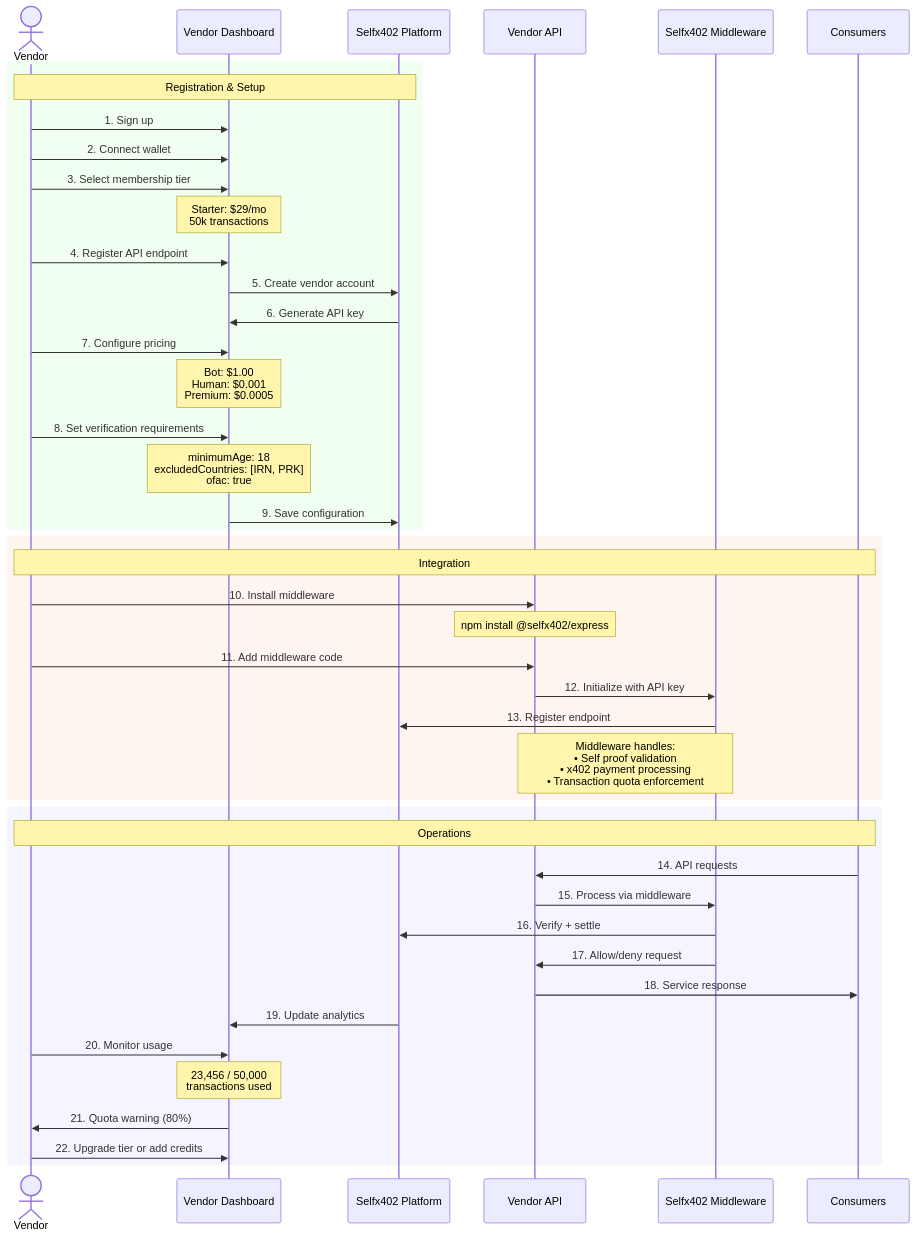
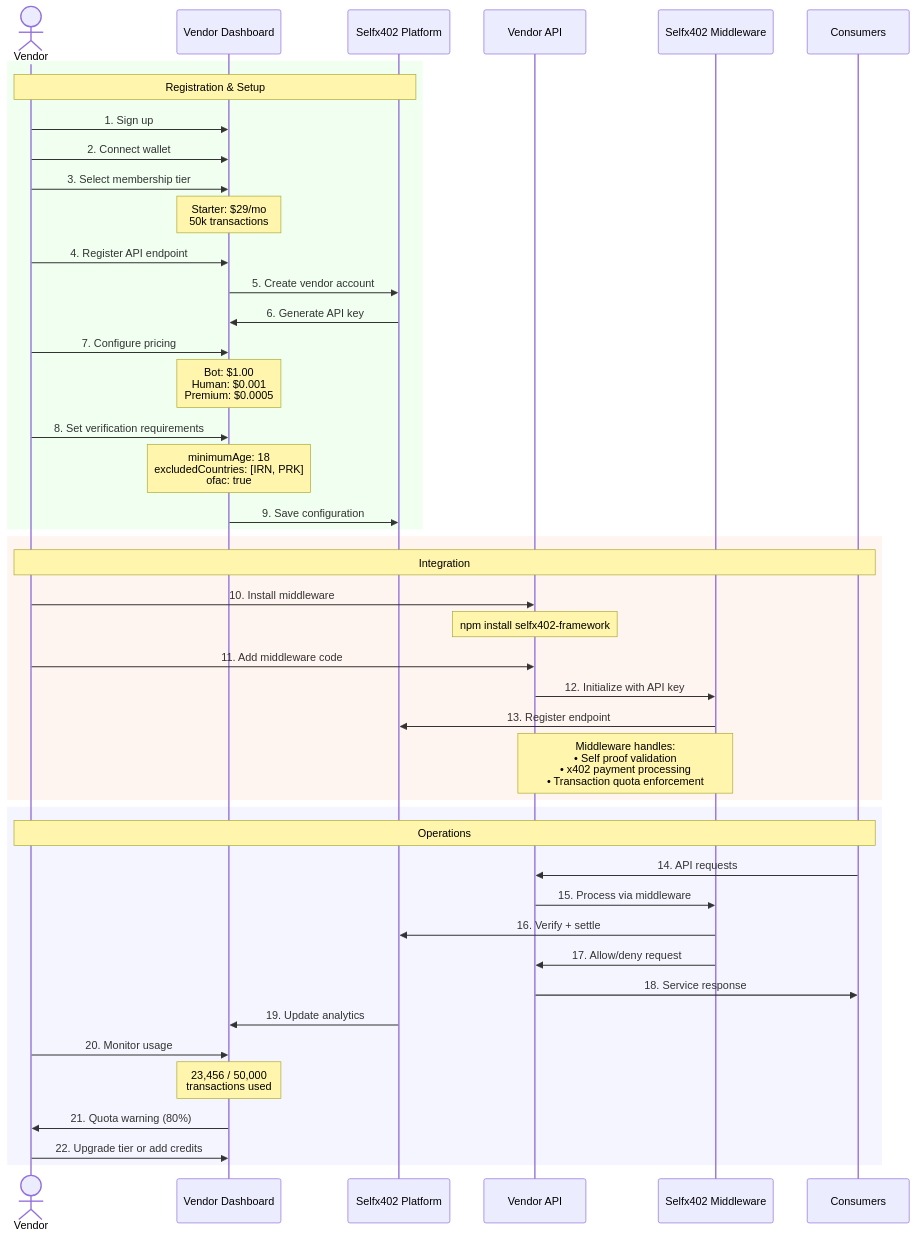
Before and after one commit to JulioMCruz/Self-x402: the fourth of 4 diagrams in README.md, drawn with Mermaid. The commit also changed other lines of this file and 55 other files, not shown here.

````diff
--- a/README.md
+++ b/README.md
@@ -242,57 +245,57 @@
 ```mermaid
 sequenceDiagram
     actor Vendor
     participant Dashboard as Vendor Dashboard
     participant Selfx402 as Selfx402 Platform
     participant VendorAPI as Vendor API
     participant Middleware as Selfx402 Middleware
     participant Consumers as Consumers
 
     rect rgb(240, 255, 240)
         Note over Vendor,Selfx402: Registration & Setup
         Vendor->>Dashboard: 1. Sign up
         Vendor->>Dashboard: 2. Connect wallet
         Vendor->>Dashboard: 3. Select membership tier
         Note over Dashboard: Starter: $29/mo<br/>50k transactions
 
         Vendor->>Dashboard: 4. Register API endpoint
         Dashboard->>Selfx402: 5. Create vendor account
         Selfx402->>Dashboard: 6. Generate API key
 
         Vendor->>Dashboard: 7. Configure pricing
         Note over Dashboard: Bot: $1.00<br/>Human: $0.001<br/>Premium: $0.0005
 
         Vendor->>Dashboard: 8. Set verification requirements
         Note over Dashboard: minimumAge: 18<br/>excludedCountries: [IRN, PRK]<br/>ofac: true
 
         Dashboard->>Selfx402: 9. Save configuration
     end
 
     rect rgb(255, 245, 240)
         Note over Vendor,Consumers: Integration
         Vendor->>VendorAPI: 10. Install middleware
-        Note over VendorAPI: npm install @selfx402/express
+        Note over VendorAPI: npm install selfx402-framework
 
         Vendor->>VendorAPI: 11. Add middleware code
         VendorAPI->>Middleware: 12. Initialize with API key
         Middleware->>Selfx402: 13. Register endpoint
 
         Note over VendorAPI,Middleware: Middleware handles:<br/>• Self proof validation<br/>• x402 payment processing<br/>• Transaction quota enforcement
     end
 
     rect rgb(245, 245, 255)
         Note over Vendor,Consumers: Operations
         Consumers->>VendorAPI: 14. API requests
         VendorAPI->>Middleware: 15. Process via middleware
         Middleware->>Selfx402: 16. Verify + settle
         Middleware->>VendorAPI: 17. Allow/deny request
         VendorAPI->>Consumers: 18. Service response
 
         Selfx402->>Dashboard: 19. Update analytics
         Vendor->>Dashboard: 20. Monitor usage
         Note over Dashboard: 23,456 / 50,000<br/>transactions used
 
         Dashboard->>Vendor: 21. Quota warning (80%)
         Vendor->>Dashboard: 22. Upgrade tier or add credits
     end
 ```
````
